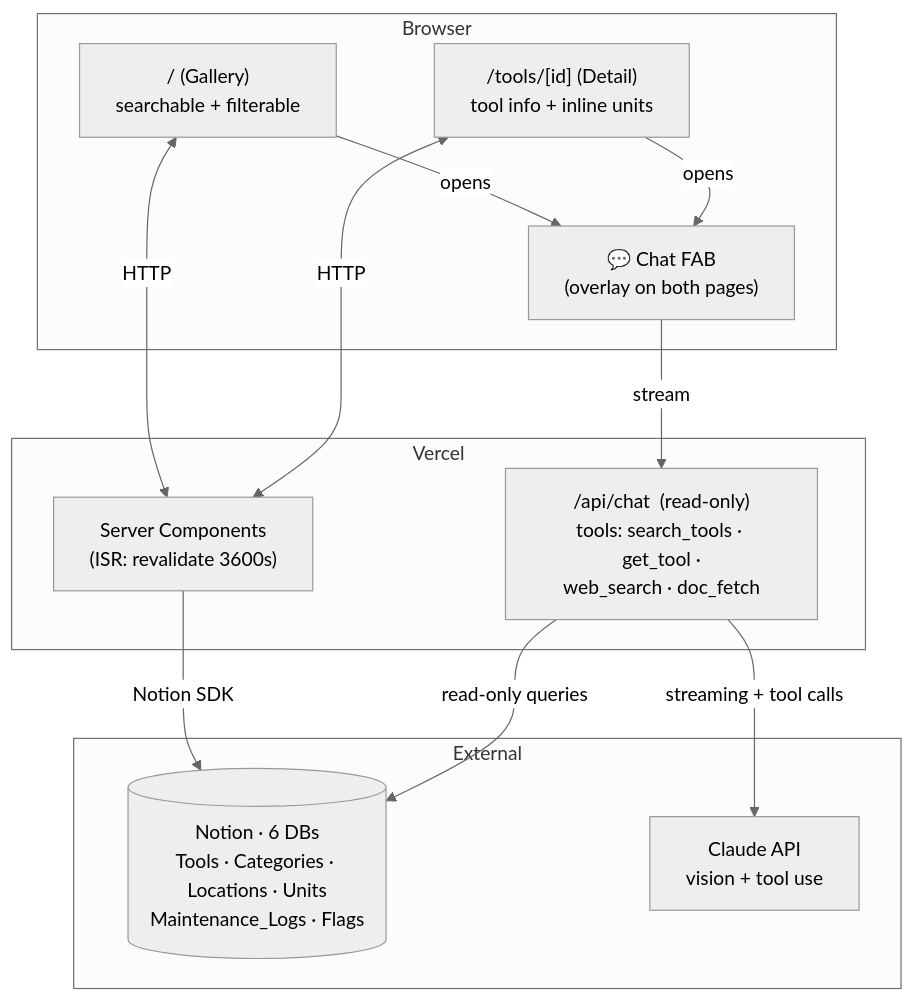
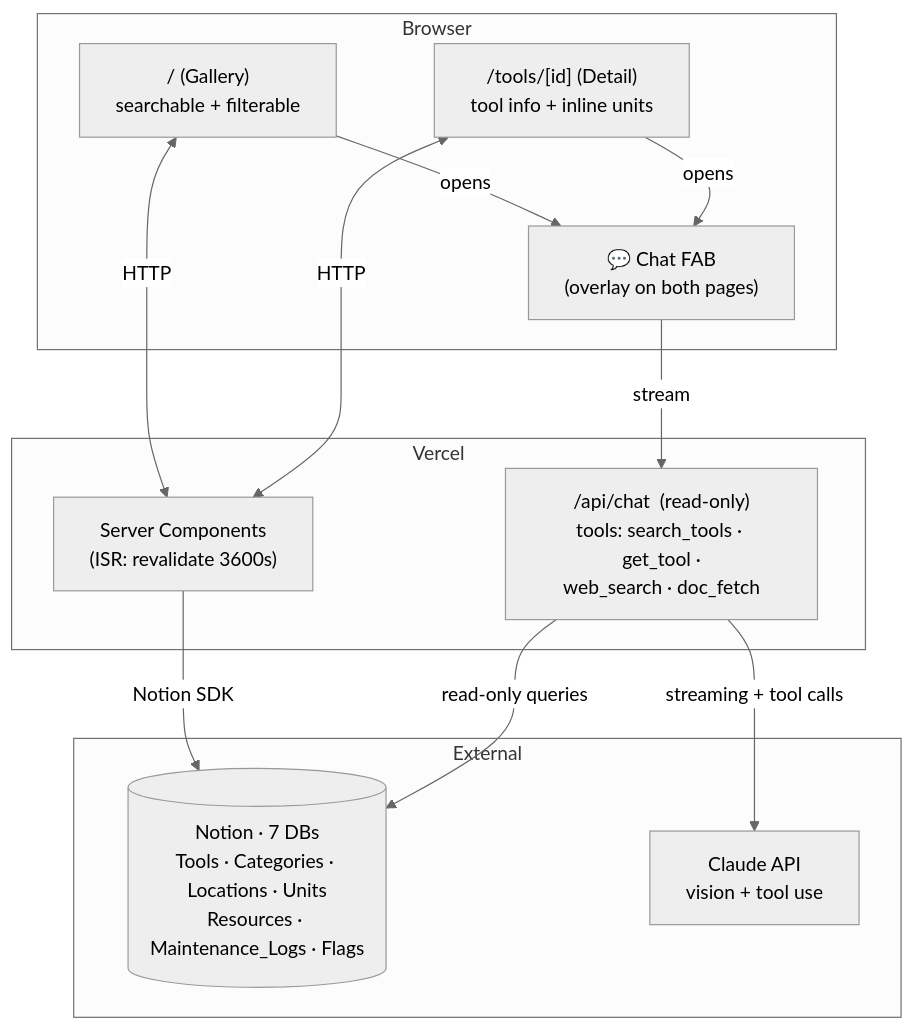
One commit to philosophercode/makerlab-tools changed the diagram in docs/v5-plan.md. Above: the diagram before and after it, drawn with Mermaid (neutral theme). The commit also changed other lines of this file and 127 other files, not shown here.

````diff
--- a/docs/v5-plan.md
+++ b/docs/v5-plan.md
@@ -52,27 +52,27 @@
 ```mermaid
 graph TB
     subgraph Browser["Browser"]
         Gallery["/  (Gallery)<br/>searchable + filterable"]
         Detail["/tools/[id]  (Detail)<br/>tool info + inline units"]
         ChatFAB["💬 Chat FAB<br/>(overlay on both pages)"]
     end
 
     subgraph Vercel["Vercel"]
         Pages["Server Components<br/>(ISR: revalidate 3600s)"]
         ChatAPI["/api/chat  (read-only)<br/>tools: search_tools · get_tool ·<br/>web_search · doc_fetch"]
     end
 
     subgraph External["External"]
-        Notion[("Notion · 6 DBs<br/>Tools · Categories · Locations · Units<br/>Maintenance_Logs · Flags")]
+        Notion[("Notion · 7 DBs<br/>Tools · Categories · Locations · Units<br/>Resources · Maintenance_Logs · Flags")]
         Claude["Claude API<br/>vision + tool use"]
     end
 
     Gallery -->|opens| ChatFAB
     Detail -->|opens| ChatFAB
     Gallery <-->|HTTP| Pages
     Detail <-->|HTTP| Pages
     ChatFAB -->|stream| ChatAPI
     Pages -->|Notion SDK| Notion
     ChatAPI -->|streaming + tool calls| Claude
     ChatAPI -->|read-only queries| Notion
 ```
````
